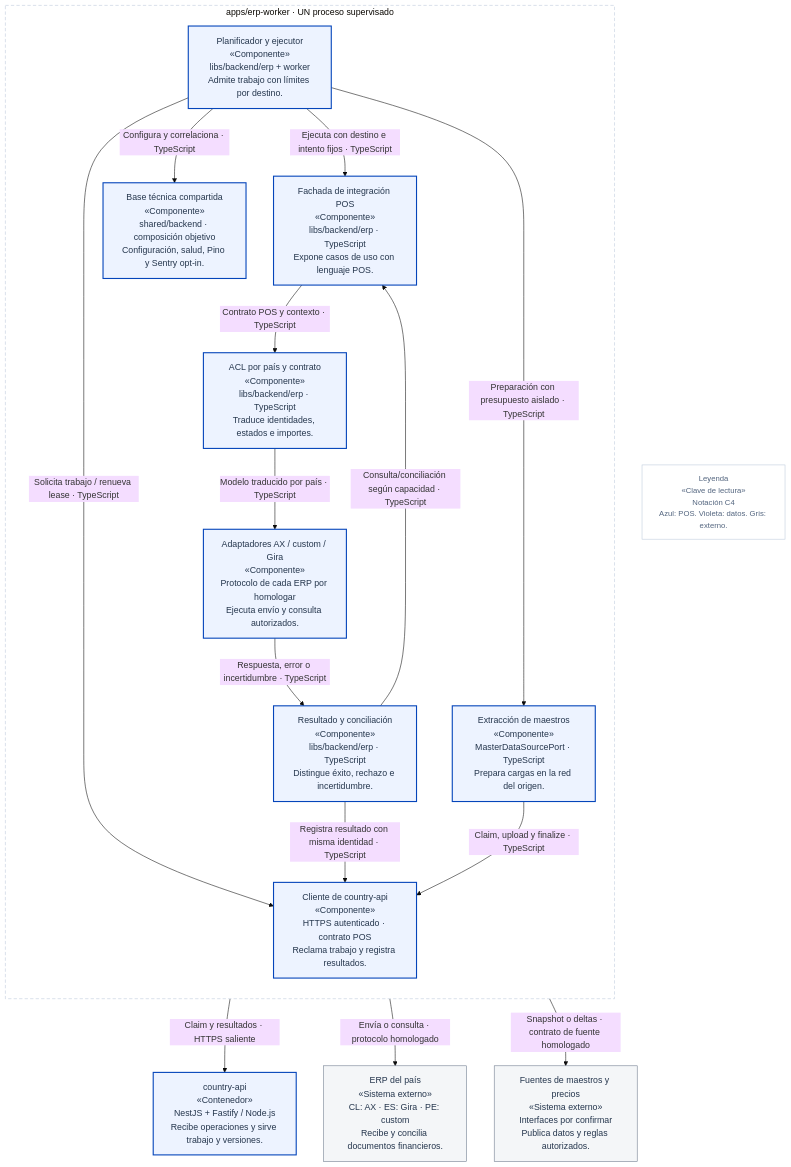
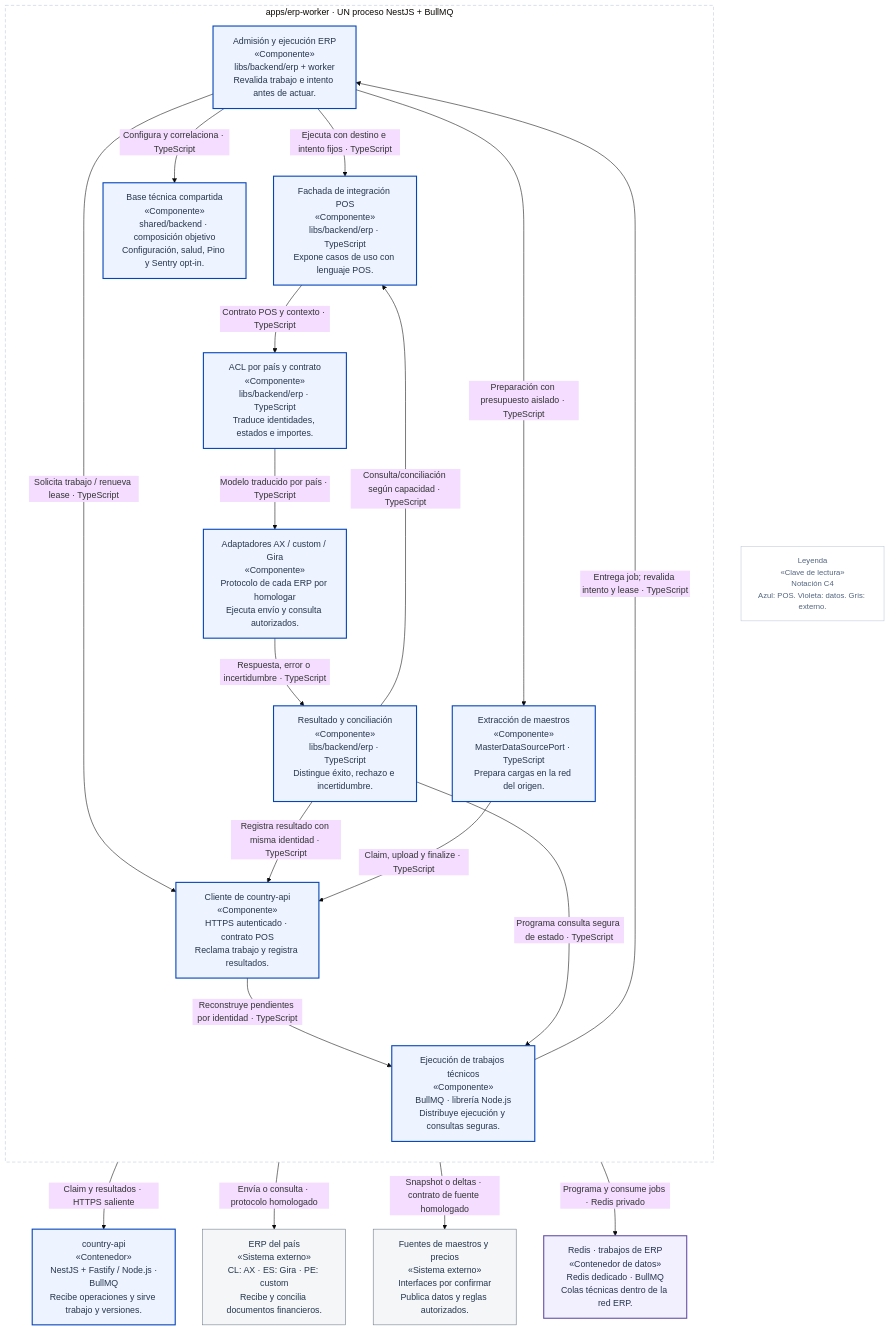
One commit to developer-implementos/pos-docs changed the diagram in docs/diagramas-excalidraw/mermaid/c4-erp.mmd. Above: the diagram before and after it, drawn with Mermaid (base theme). The commit also changed 94 other files, not shown here.

Commit message:
docs: select BullMQ and dedicated Redis for job processing

```diff
--- a/docs/diagramas-excalidraw/mermaid/c4-erp.mmd
+++ b/docs/diagramas-excalidraw/mermaid/c4-erp.mmd
@@ -1,37 +1,43 @@
 flowchart TB
     accTitle: C3 · erp-worker — Contrato POS, ACL y recuperación ERP
-    accDescr: Un proceso apps/erp-worker en la red autorizada del ERP. Fachada, ACL, protocolo y conciliación son componentes internos de libs/backend/erp. MasterDataSourcePort prepara publicaciones con claims, identidad y presupuesto propios. El worker inicia HTTPS hacia country-api. Lease, destino, versión e intento permanecen identificados; un timeout no autoriza duplicar efectos ni cambiar de ERP.
-    subgraph erpScope["apps/erp-worker · UN proceso supervisado"]
+    accDescr: Un proceso apps/erp-worker con BullMQ y Redis de trabajos en la red autorizada del ERP. Fachada, ACL, protocolo y preparación son componentes internos; trabajo durable y resultados se consultan por HTTPS en país. BullMQ y Redis de trabajos elegidos, aún no implementados. Un job no reemplaza el lease ni el resultado durable. Reentrega e incertidumbre exigen consulta/conciliación; nunca se abre Redis o SQL por WAN.
+    subgraph erpScope["apps/erp-worker · UN proceso NestJS + BullMQ"]
         direction TB
-        erpExecution["Planificador y ejecutor<br/>«Componente»<br/>libs/backend/erp + worker<br/>Admite trabajo con límites por destino."]:::pos
+        erpExecution["Admisión y ejecución ERP<br/>«Componente»<br/>libs/backend/erp + worker<br/>Revalida trabajo e intento antes de actuar."]:::pos
         erpClient["Cliente de country-api<br/>«Componente»<br/>HTTPS autenticado · contrato POS<br/>Reclama trabajo y registra resultados."]:::pos
         erpMasterSource["Extracción de maestros<br/>«Componente»<br/>MasterDataSourcePort · TypeScript<br/>Prepara cargas en la red del origen."]:::pos
         erpFacade["Fachada de integración POS<br/>«Componente»<br/>libs/backend/erp · TypeScript<br/>Expone casos de uso con lenguaje POS."]:::pos
         erpAcl["ACL por país y contrato<br/>«Componente»<br/>libs/backend/erp · TypeScript<br/>Traduce identidades, estados e importes."]:::pos
         erpProtocol["Adaptadores AX / custom / Gira<br/>«Componente»<br/>Protocolo de cada ERP por homologar<br/>Ejecuta envío y consulta autorizados."]:::pos
         erpRecovery["Resultado y conciliación<br/>«Componente»<br/>libs/backend/erp · TypeScript<br/>Distingue éxito, rechazo e incertidumbre."]:::pos
         technicalBase["Base técnica compartida<br/>«Componente»<br/>shared/backend · composición objetivo<br/>Configuración, salud, Pino y Sentry opt-in."]:::pos
+        erpQueue["Ejecución de trabajos técnicos<br/>«Componente»<br/>BullMQ · librería Node.js<br/>Distribuye ejecución y consultas seguras."]:::pos
     end
-        countryApi["country-api<br/>«Contenedor»<br/>NestJS + Fastify / Node.js<br/>Recibe operaciones y sirve trabajo y versiones."]:::pos
+        countryApi["country-api<br/>«Contenedor»<br/>NestJS + Fastify / Node.js ·<br/>BullMQ<br/>Recibe operaciones y sirve trabajo y versiones."]:::pos
         erp["ERP del país<br/>«Sistema externo»<br/>CL: AX · ES: Gira · PE: custom<br/>Recibe y concilia documentos financieros."]:::external
         masters["Fuentes de maestros y precios<br/>«Sistema externo»<br/>Interfaces por confirmar<br/>Publica datos y reglas autorizados."]:::external
         legend["Leyenda<br/>«Clave de lectura»<br/>Notación C4<br/>Azul: POS. Violeta: datos. Gris: externo."]:::key
+        erpJobStore["Redis · trabajos de ERP<br/>«Contenedor de datos»<br/>Redis dedicado · BullMQ<br/>Colas técnicas dentro de la red ERP."]:::store
     erpExecution -->|"Solicita trabajo / renueva lease · TypeScript"| erpClient
     erpClient -->|"Claim y resultados · HTTPS saliente"| countryApi
     erpExecution -->|"Ejecuta con destino e intento fijos · TypeScript"| erpFacade
     erpExecution -->|"Configura y correlaciona · TypeScript"| technicalBase
     erpFacade -->|"Contrato POS y contexto · TypeScript"| erpAcl
     erpAcl -->|"Modelo traducido por país · TypeScript"| erpProtocol
     erpProtocol -->|"Envía o consulta · protocolo homologado"| erp
     erpProtocol -->|"Respuesta, error o incertidumbre · TypeScript"| erpRecovery
     erpRecovery -->|"Consulta/conciliación según capacidad · TypeScript"| erpFacade
     erpRecovery -->|"Registra resultado con misma identidad · TypeScript"| erpClient
     erpExecution -->|"Preparación con presupuesto aislado · TypeScript"| erpMasterSource
     erpMasterSource -->|"Snapshot o deltas · contrato de fuente homologado"| masters
     erpMasterSource -->|"Claim, upload y finalize · TypeScript"| erpClient
+    erpQueue -->|"Programa y consume jobs · Redis privado"| erpJobStore
+    erpQueue -->|"Entrega job; revalida intento y lease · TypeScript"| erpExecution
+    erpClient -->|"Reconstruye pendientes por identidad · TypeScript"| erpQueue
+    erpRecovery -->|"Programa consulta segura de estado · TypeScript"| erpQueue
     classDef pos fill:#EDF3FF,stroke:#0545BA,color:#25364D,stroke-width:2px
     classDef store fill:#F2EFFF,stroke:#6551A8,color:#25364D,stroke-width:2px
     classDef external fill:#F4F6F8,stroke:#6B788A,color:#25364D
     classDef person fill:#18336D,stroke:#18336D,color:#FFFFFF
     classDef key fill:#FFFFFF,stroke:#BCC9DB,color:#53657F,font-size:14px
     style erpScope fill:#FFFFFF,stroke:#BCC9DB,stroke-dasharray:6 4
```
